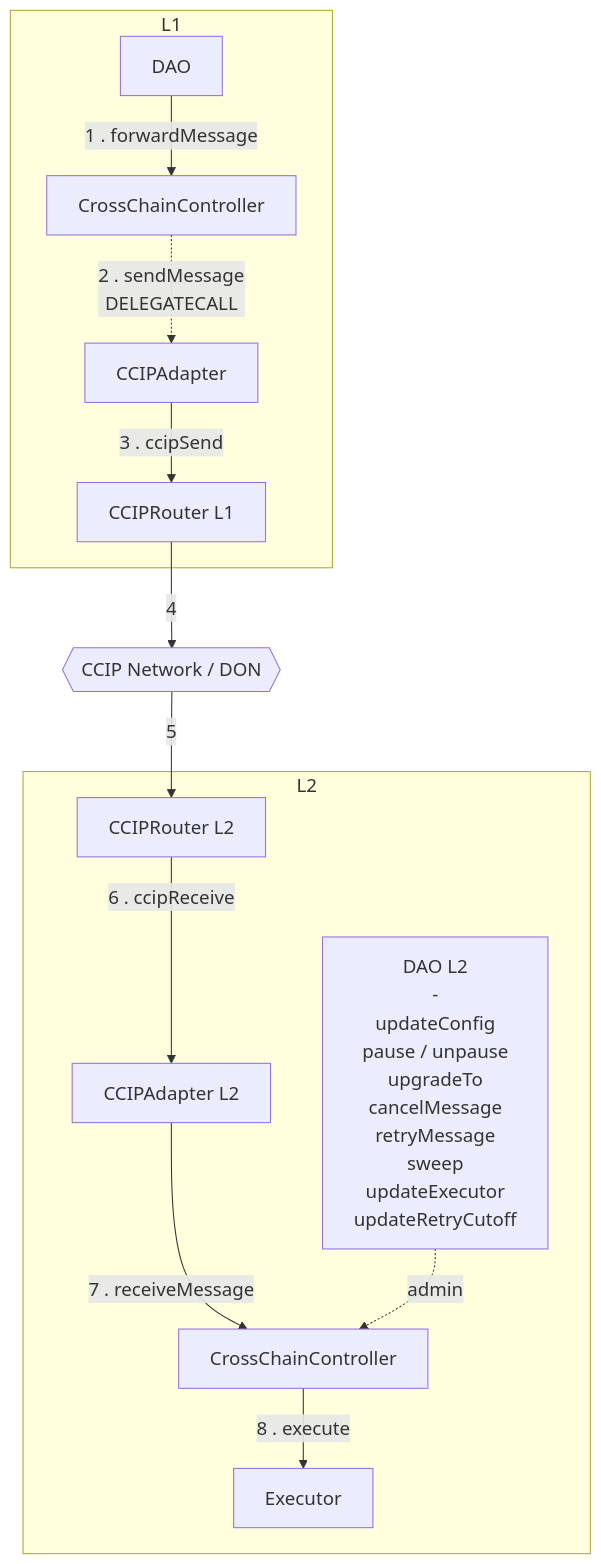
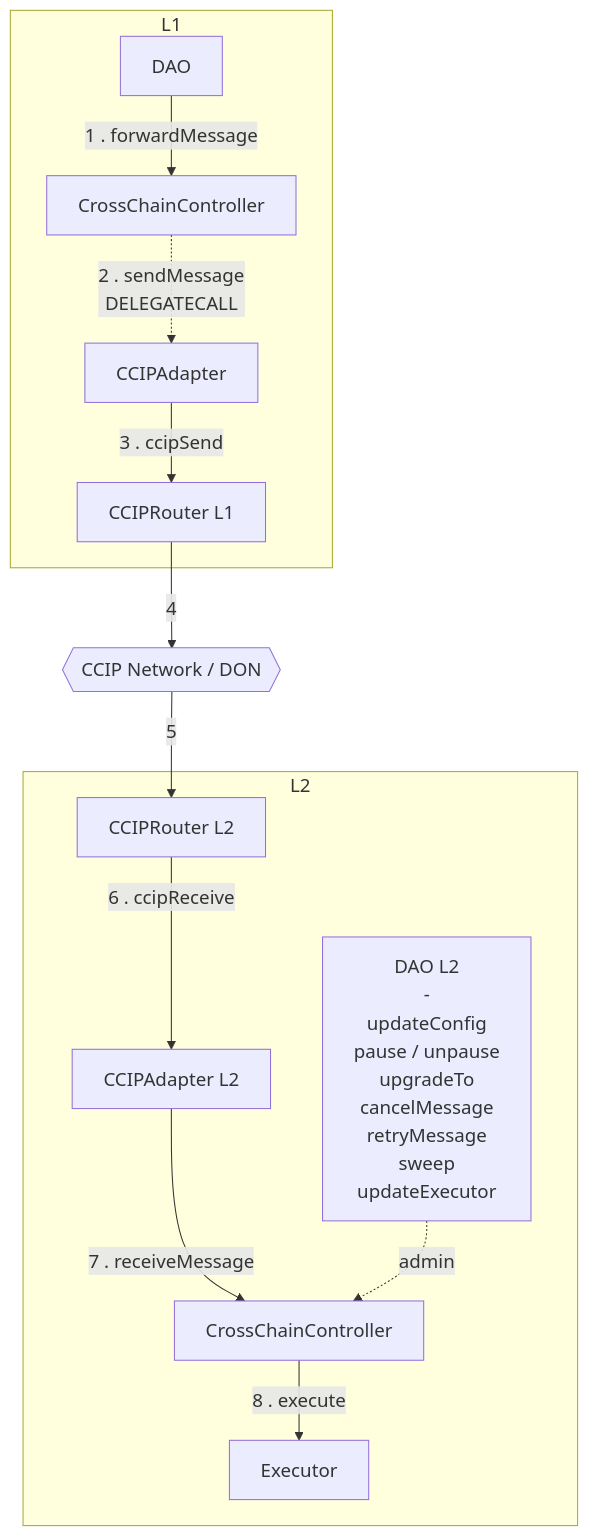
Before and after one commit to aragon/crosschain: the first of 2 diagrams in specs/SPEC.md, drawn with Mermaid. The commit also changed other lines of this file and 18 other files, not shown here.

Commit message:
remove cutoff, update spec for retry

````diff
--- a/specs/SPEC.md
+++ b/specs/SPEC.md
@@ -66,30 +66,30 @@
 ```mermaid
 %%{init: {"themeVariables": {"fontSize": "18px"}}}%%
 flowchart TB
   subgraph L1
     DAO[DAO]
     CCC1[CrossChainController]
     ADP1[CCIPAdapter]
     ROUTER1[CCIPRouter L1]
   end
 
   CCIP{{CCIP Network / DON}}
 
   subgraph L2
     ROUTER2[CCIPRouter L2]
     ADP2[CCIPAdapter L2]
     CCC2[CrossChainController]
-    DAO2["DAO L2<br/>-<br/>updateConfig<br/>pause / unpause<br/>upgradeTo<br/>cancelMessage<br/>retryMessage<br/>sweep<br/>updateExecutor<br/>updateRetryCutoff"]
+    DAO2["DAO L2<br/>-<br/>updateConfig<br/>pause / unpause<br/>upgradeTo<br/>cancelMessage<br/>retryMessage<br/>sweep<br/>updateExecutor"]
     EXEC[Executor]
   end
 
   DAO -->|1 . forwardMessage| CCC1
   CCC1 -.->|2 . sendMessage<br/>DELEGATECALL| ADP1
   ADP1 -->|3 . ccipSend| ROUTER1
   ROUTER1 -->|4| CCIP
   CCIP -->|5| ROUTER2
   ROUTER2 -->|6 . ccipReceive| ADP2
   ADP2 -->|7 . receiveMessage| CCC2
   CCC2 -->|8 . execute| EXEC
   DAO2 -.->|admin| CCC2
 ```
````
